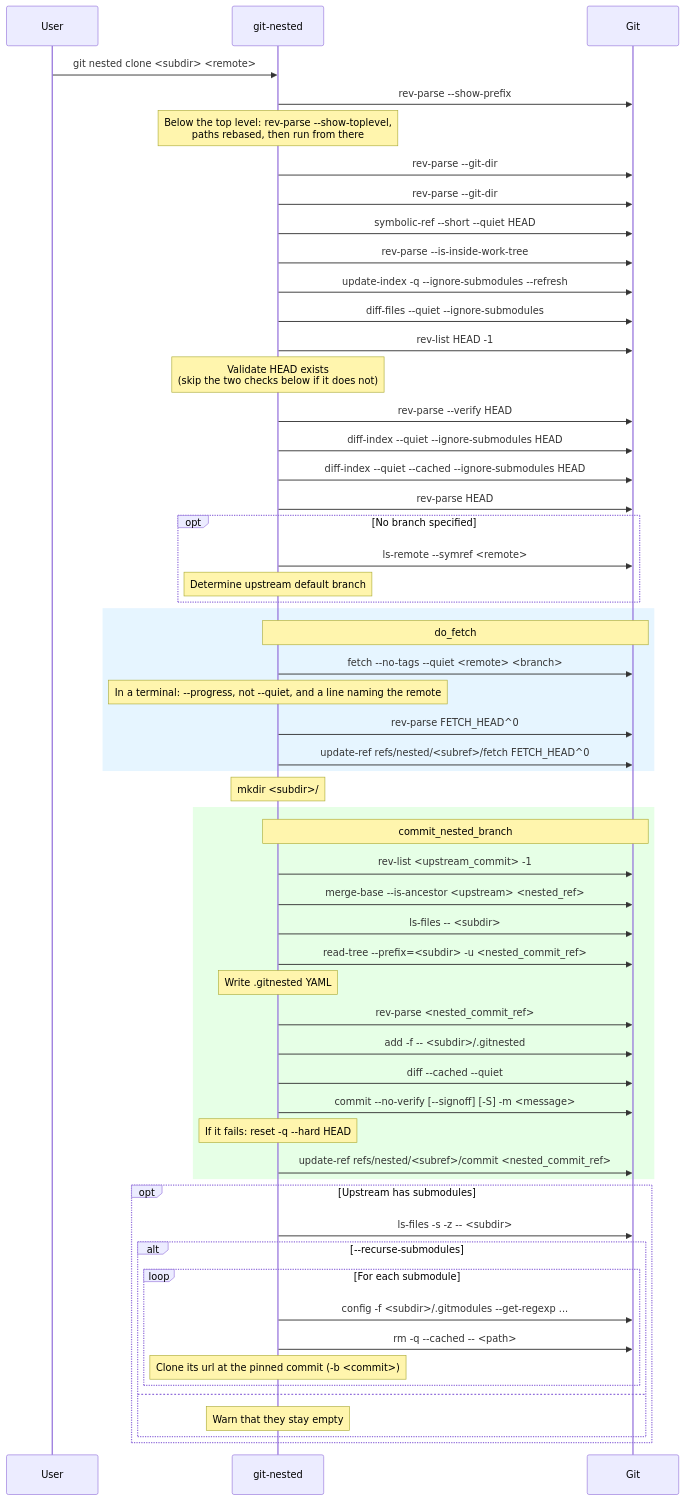
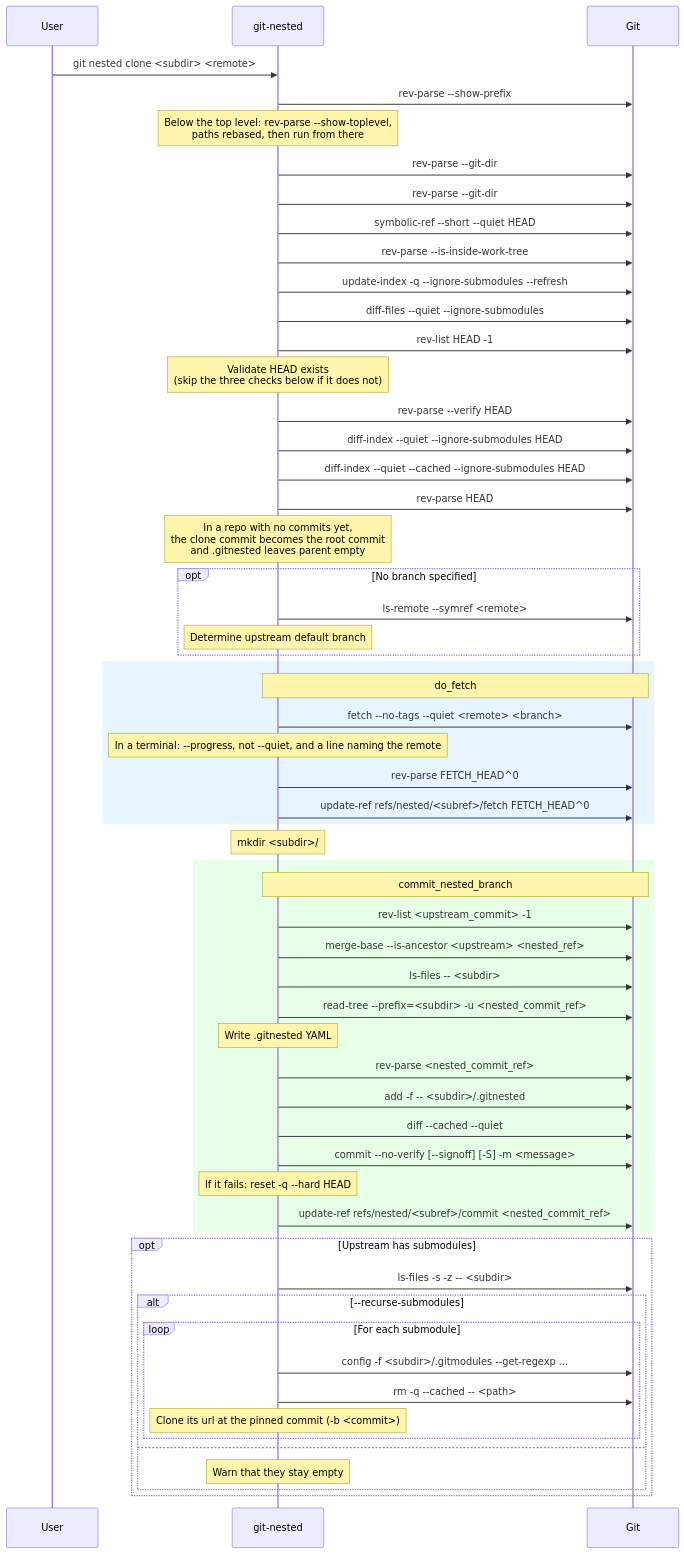
One commit to thorsten-klein/git-nested changed the first of 14 diagrams in docs/diagrams.md. Above: the diagram before and after it, drawn with Mermaid. The commit also changed 9 other files, not shown here.

First line of the commit message:
feat: allow `git nested clone` on unborn branches (#144)

````diff
--- a/docs/diagrams.md
+++ b/docs/diagrams.md
@@ -9,65 +9,66 @@
 ```mermaid
 sequenceDiagram
     participant User
     participant git-nested
     participant Git
 
     User->>git-nested: git nested clone <subdir> <remote>
     git-nested->>Git: rev-parse --show-prefix
     Note over git-nested: Below the top level: rev-parse --show-toplevel,<br/>paths rebased, then run from there
     git-nested->>Git: rev-parse --git-dir
     git-nested->>Git: rev-parse --git-dir
     git-nested->>Git: symbolic-ref --short --quiet HEAD
     git-nested->>Git: rev-parse --is-inside-work-tree
     git-nested->>Git: update-index -q --ignore-submodules --refresh
     git-nested->>Git: diff-files --quiet --ignore-submodules
     git-nested->>Git: rev-list HEAD -1
-    Note over git-nested: Validate HEAD exists<br/>(skip the two checks below if it does not)
+    Note over git-nested: Validate HEAD exists<br/>(skip the three checks below if it does not)
     git-nested->>Git: rev-parse --verify HEAD
     git-nested->>Git: diff-index --quiet --ignore-submodules HEAD
     git-nested->>Git: diff-index --quiet --cached --ignore-submodules HEAD
     git-nested->>Git: rev-parse HEAD
+    Note over git-nested: In a repo with no commits yet,<br/>the clone commit becomes the root commit<br/>and .gitnested leaves parent empty
 
     opt No branch specified
         git-nested->>Git: ls-remote --symref <remote>
         Note over git-nested: Determine upstream default branch
     end
 
     rect rgb(230, 245, 255)
         Note over git-nested,Git: do_fetch
         git-nested->>Git: fetch --no-tags --quiet <remote> <branch>
         Note over git-nested: In a terminal: --progress, not --quiet, and a line naming the remote
         git-nested->>Git: rev-parse FETCH_HEAD^0
         git-nested->>Git: update-ref refs/nested/<subref>/fetch FETCH_HEAD^0
     end
 
     Note over git-nested: mkdir <subdir>/
 
     rect rgb(230, 255, 230)
         Note over git-nested,Git: commit_nested_branch
         git-nested->>Git: rev-list <upstream_commit> -1
         git-nested->>Git: merge-base --is-ancestor <upstream> <nested_ref>
         git-nested->>Git: ls-files -- <subdir>
         git-nested->>Git: read-tree --prefix=<subdir> -u <nested_commit_ref>
         Note over git-nested: Write .gitnested YAML
         git-nested->>Git: rev-parse <nested_commit_ref>
         git-nested->>Git: add -f -- <subdir>/.gitnested
         git-nested->>Git: diff --cached --quiet
         git-nested->>Git: commit --no-verify [--signoff] [-S] -m <message>
         Note over git-nested: If it fails: reset -q --hard HEAD
         git-nested->>Git: update-ref refs/nested/<subref>/commit <nested_commit_ref>
     end
 
     opt Upstream has submodules
         git-nested->>Git: ls-files -s -z -- <subdir>
         alt --recurse-submodules
             loop For each submodule
                 git-nested->>Git: config -f <subdir>/.gitmodules --get-regexp ...
                 git-nested->>Git: rm -q --cached -- <path>
                 Note over git-nested: Clone its url at the pinned commit (-b <commit>)
             end
         else
             Note over git-nested: Warn that they stay empty
         end
     end
 ```
````
